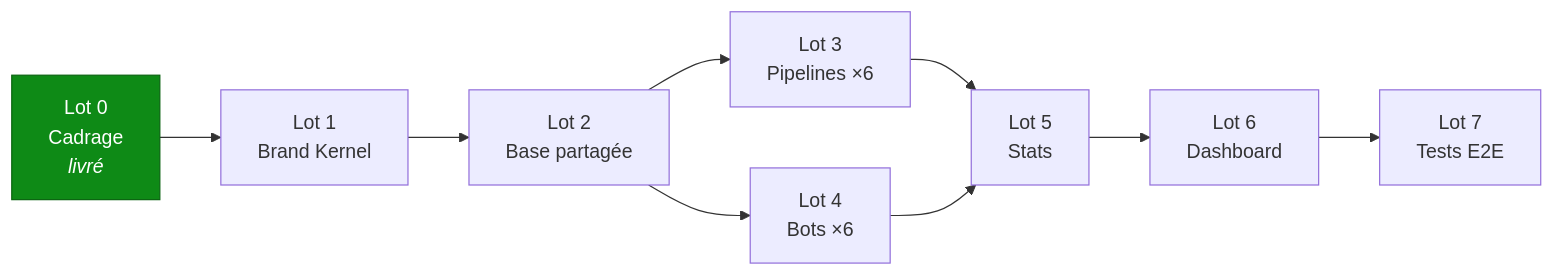
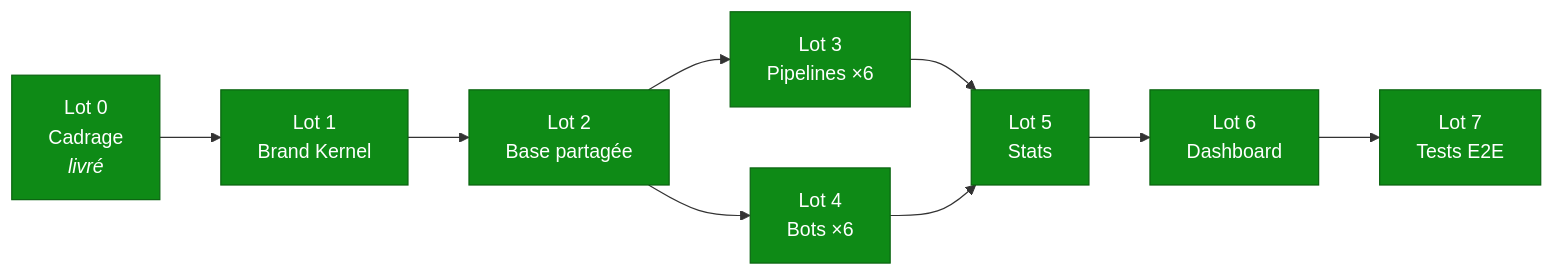
One commit to dallel5-git/Multi_agent_blog_SEO changed the diagram in CADRAGE.md. Above: the diagram before and after it, drawn with Mermaid. The commit also changed other lines of this file and 11 other files, not shown here.

````diff
--- a/CADRAGE.md
+++ b/CADRAGE.md
@@ -84,12 +85,13 @@
 ```mermaid
 flowchart LR
     L0["Lot 0<br/>Cadrage<br/><i>livré</i>"] --> L1["Lot 1<br/>Brand Kernel"]
     L1 --> L2["Lot 2<br/>Base partagée"]
     L2 --> L3["Lot 3<br/>Pipelines ×6"]
     L2 --> L4["Lot 4<br/>Bots ×6"]
     L3 --> L5["Lot 5<br/>Stats"]
     L4 --> L5
     L5 --> L6["Lot 6<br/>Dashboard"]
     L6 --> L7["Lot 7<br/>Tests E2E"]
-    style L0 fill:#0e8a16,stroke:#0a6410,color:#fff
+    classDef delivered fill:#0e8a16,stroke:#0a6410,color:#fff
+    class L0,L1,L2,L3,L4,L5,L6,L7 delivered
 ```
````
